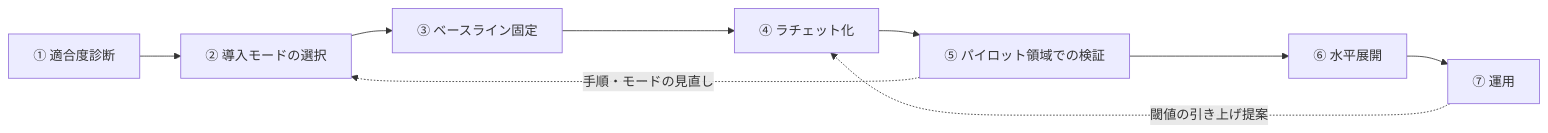
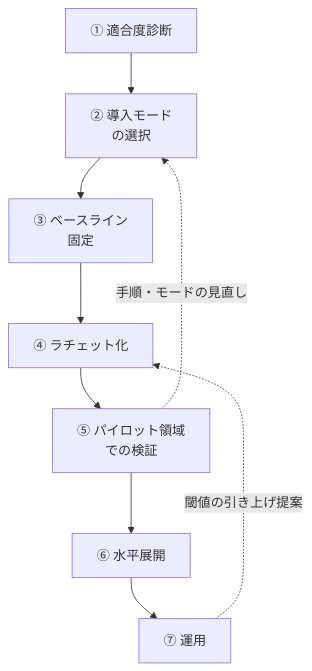
The first of 2 diagrams in docs/testing/05-adoption-guide.md (toshio-shiratori/harness-test-strategy), drawn with Mermaid before and after one commit. The commit also changed 3 other files, not shown here.

First line of the commit message:
docs: docs/testing の横に長い Mermaid の図を本文の幅に収める (#204) (#207)

````diff
--- a/docs/testing/05-adoption-guide.md
+++ b/docs/testing/05-adoption-guide.md
@@ -33,6 +33,6 @@
 ```mermaid
-flowchart LR
-  S1["① 適合度診断"] --> S2["② 導入モードの選択"] --> S3["③ ベースライン固定"] --> S4["④ ラチェット化"] --> S5["⑤ パイロット領域での検証"] --> S6["⑥ 水平展開"] --> S7["⑦ 運用"]
+flowchart TB
+  S1["① 適合度診断"] --> S2["② 導入モード<br/>の選択"] --> S3["③ ベースライン<br/>固定"] --> S4["④ ラチェット化"] --> S5["⑤ パイロット領域<br/>での検証"] --> S6["⑥ 水平展開"] --> S7["⑦ 運用"]
   S5 -. "手順・モードの見直し" .-> S2
   S7 -. "閾値の引き上げ提案" .-> S4
 ```
````
